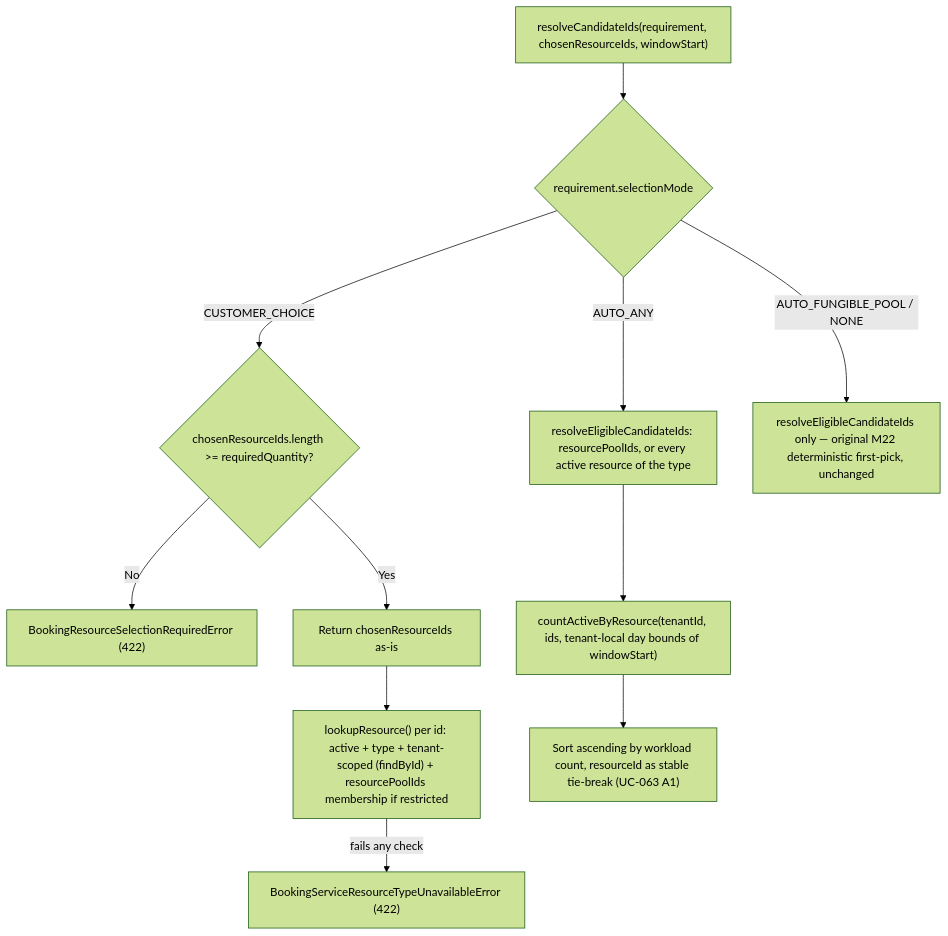
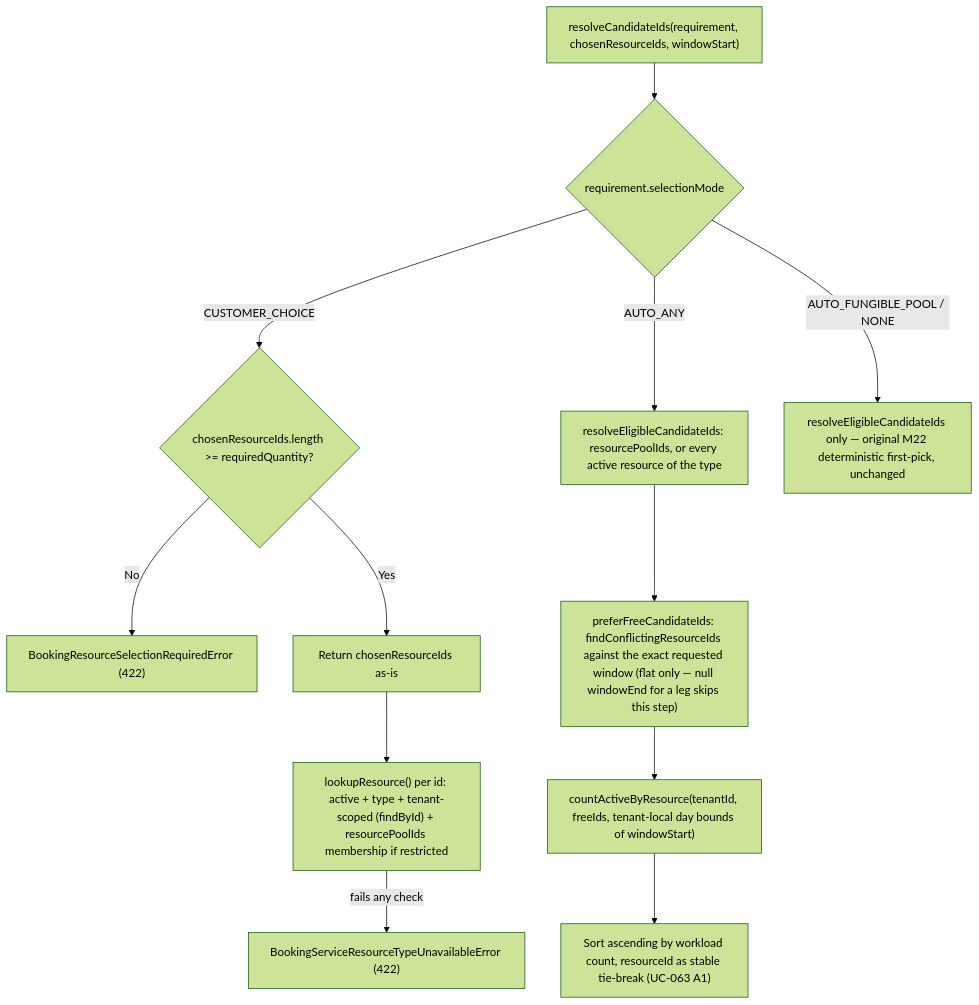
One commit to lmmoreira/ikaro changed the second of 3 diagrams in docs/27-BUSINESS_LOGIC_REFERENCE.md. Above: the diagram before and after it, drawn with Mermaid (forest theme). The commit also changed other lines of this file and 3 other files, not shown here.

First line of the commit message:
fix(booking): round-2 review fixes — AUTO_ANY prefers a genuinely free resource over a busy one

````diff
--- a/docs/27-BUSINESS_LOGIC_REFERENCE.md
+++ b/docs/27-BUSINESS_LOGIC_REFERENCE.md
@@ -74,15 +74,16 @@
 ```mermaid
 flowchart TD
   A["resolveCandidateIds(requirement, chosenResourceIds, windowStart)"] --> B{"requirement.selectionMode"}
   B -->|CUSTOMER_CHOICE| C{"chosenResourceIds.length >= requiredQuantity?"}
   C -->|No| D["BookingResourceSelectionRequiredError (422)"]
   C -->|Yes| E["Return chosenResourceIds as-is"]
   E --> F["lookupResource() per id: active + type + tenant-scoped (findById) + resourcePoolIds membership if restricted"]
   F -->|fails any check| G["BookingServiceResourceTypeUnavailableError (422)"]
 
   B -->|AUTO_ANY| H["resolveEligibleCandidateIds: resourcePoolIds, or every active resource of the type"]
-  H --> I["countActiveByResource(tenantId, ids, tenant-local day bounds of windowStart)"]
+  H --> H2["preferFreeCandidateIds: findConflictingResourceIds against the exact requested window (flat only — null windowEnd for a leg skips this step)"]
+  H2 --> I["countActiveByResource(tenantId, freeIds, tenant-local day bounds of windowStart)"]
   I --> J["Sort ascending by workload count, resourceId as stable tie-break (UC-063 A1)"]
 
   B -->|AUTO_FUNGIBLE_POOL / NONE| K["resolveEligibleCandidateIds only — original M22 deterministic first-pick, unchanged"]
 ```
````
